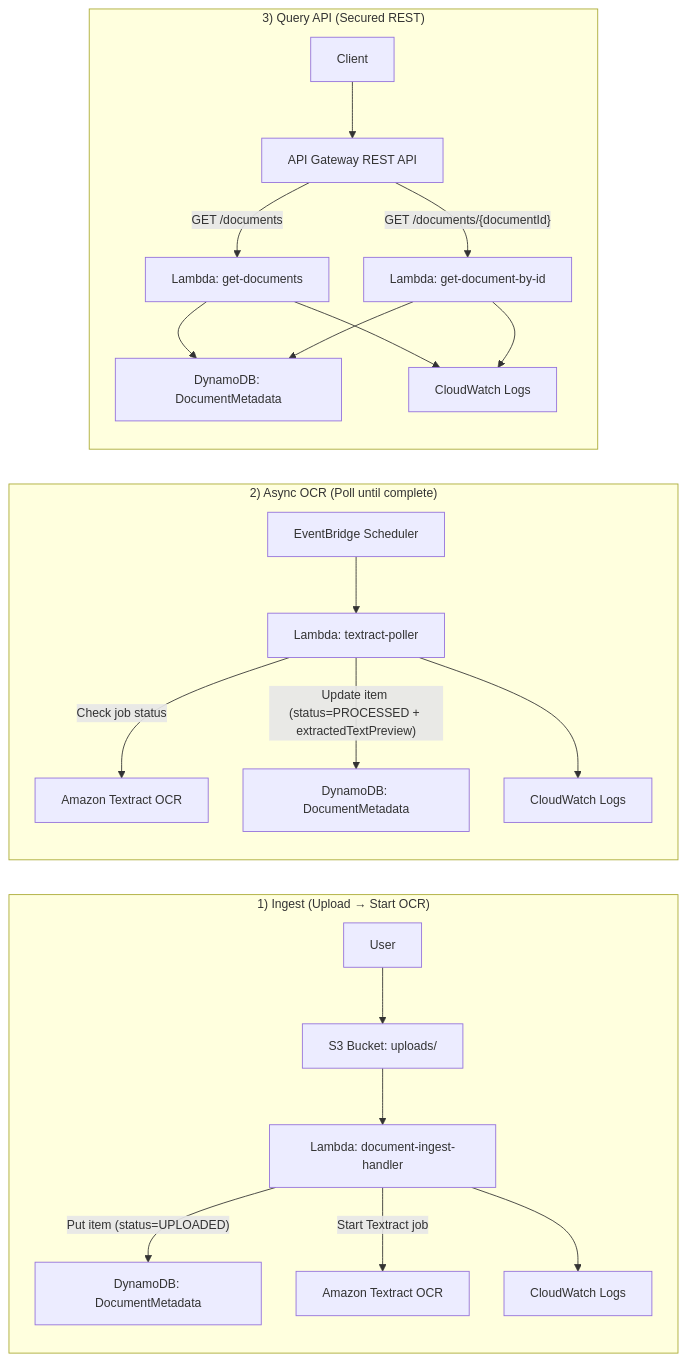
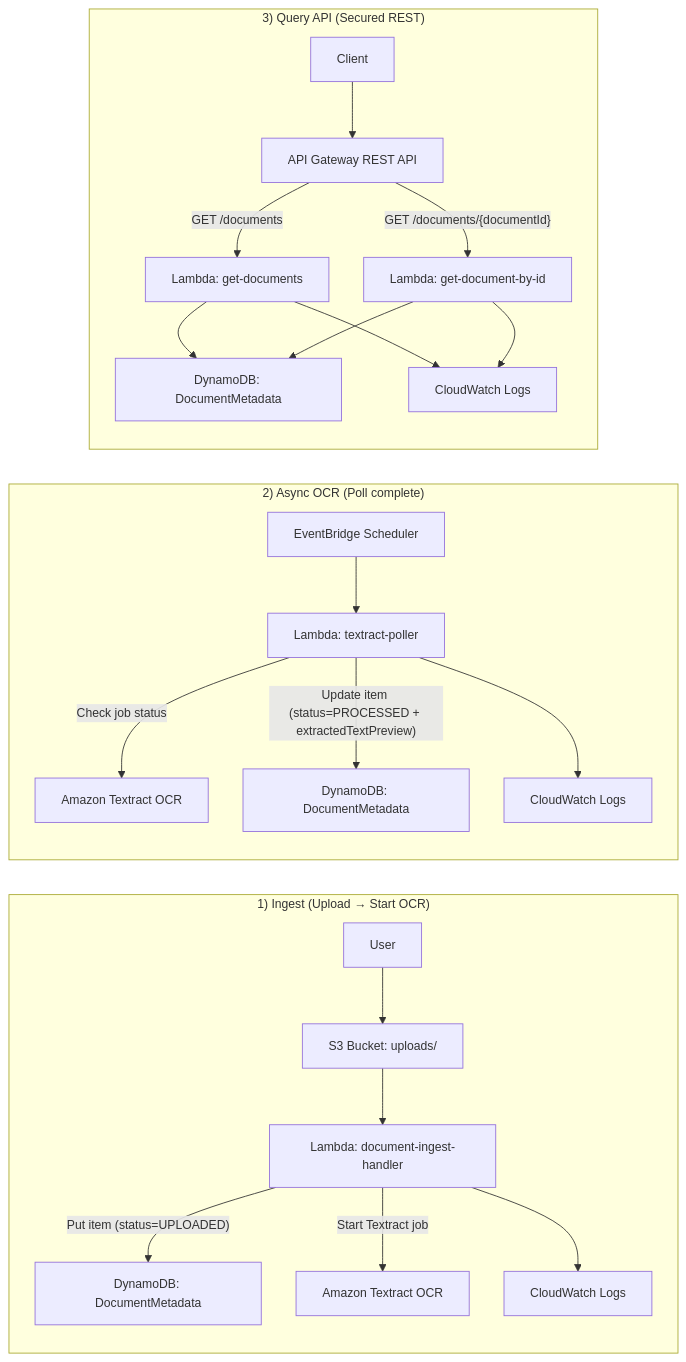
Before and after one commit to YogithR/Serverless-Document-Processing-Pipeline-AWS-: the diagram in README.md, drawn with Mermaid.

````diff
--- a/README.md
+++ b/README.md
@@ -12,34 +12,34 @@
 ```mermaid
 %%{init: {"flowchart": {"nodeSpacing": 40, "rankSpacing": 40, "curve": "basis"}, "themeVariables": {"fontSize": "14px"}} }%%
 flowchart LR
 
 subgraph ING["1) Ingest (Upload → Start OCR)"]
 direction TB
 U[User] --> S3["S3 Bucket: uploads/"]
 S3 --> L1["Lambda: document-ingest-handler"]
 L1 -->|"Put item (status=UPLOADED)"| DDB1["DynamoDB: DocumentMetadata"]
 L1 -->|"Start Textract job"| TX1["Amazon Textract OCR"]
 L1 --> CW1["CloudWatch Logs"]
 end
 
-subgraph ASYNC["2) Async OCR (Poll until complete)"]
+subgraph ASYNC["2) Async OCR (Poll complete)"]
 direction TB
 EB["EventBridge Scheduler"] --> L2["Lambda: textract-poller"]
 L2 -->|"Check job status"| TX2["Amazon Textract OCR"]
 L2 -->|"Update item (status=PROCESSED + extractedTextPreview)"| DDB2["DynamoDB: DocumentMetadata"]
 L2 --> CW2["CloudWatch Logs"]
 end
 
 subgraph API["3) Query API (Secured REST)"]
 direction TB
 C[Client] --> APIGW["API Gateway REST API"]
 APIGW -->|"GET /documents"| L3["Lambda: get-documents"]
 APIGW -->|"GET /documents/{documentId}"| L4["Lambda: get-document-by-id"]
 L3 --> DDB3["DynamoDB: DocumentMetadata"]
 L4 --> DDB3
 L3 --> CW3["CloudWatch Logs"]
 L4 --> CW3
 end
 
 
 ```
````
